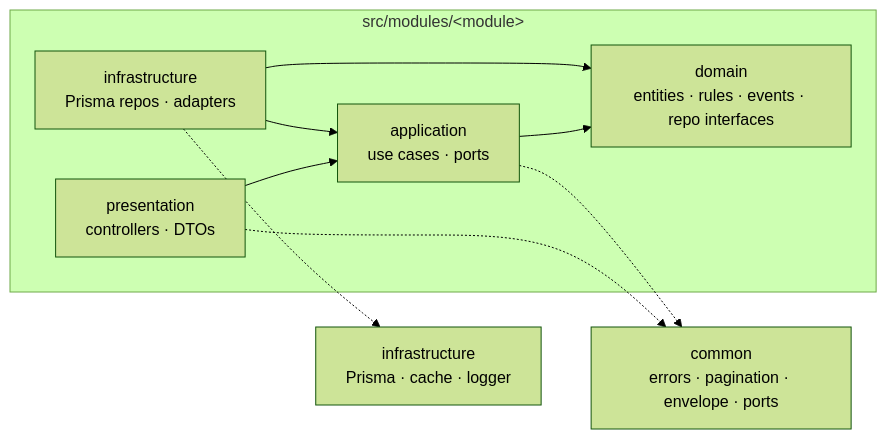
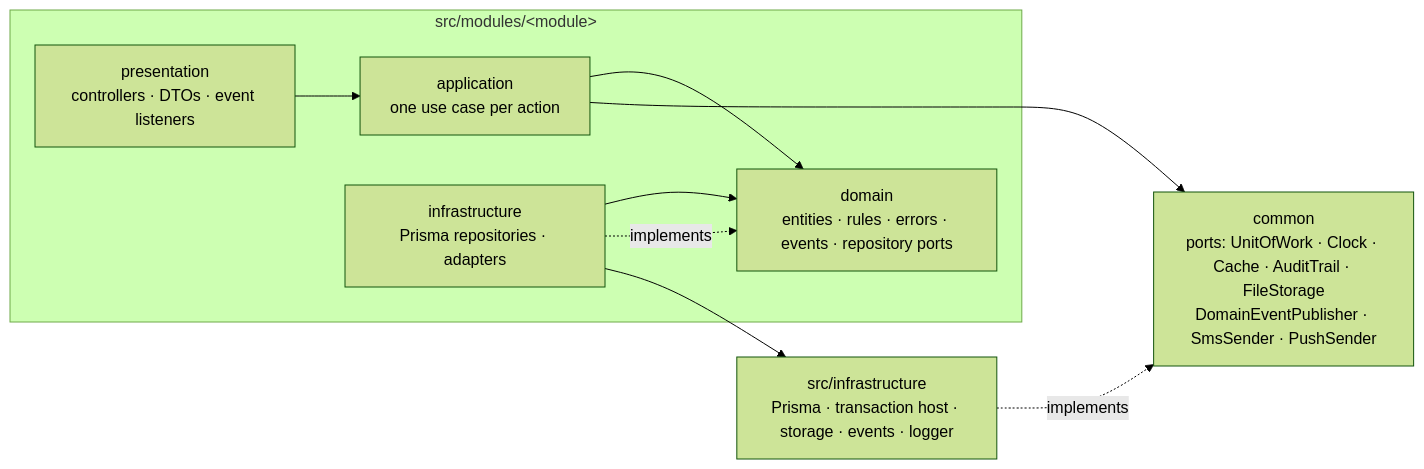
One commit to aviihs/sewaPro changed the first of 2 diagrams in README.md. Above: the diagram before and after it, drawn with Mermaid (forest theme). The commit also changed other lines of this file and 292 other files, not shown here.

````diff
--- a/README.md
+++ b/README.md
@@ -54,12 +57,12 @@
 ```mermaid
 flowchart LR
   subgraph Module["src/modules/&lt;module&gt;"]
-    P[presentation<br/>controllers · DTOs] --> A[application<br/>use cases · ports]
-    I[infrastructure<br/>Prisma repos · adapters] --> A
-    A --> D[domain<br/>entities · rules · events · repo interfaces]
-    I --> D
+    P["presentation<br/>controllers · DTOs · event listeners"] --> A["application<br/>one use case per action"]
+    I["infrastructure<br/>Prisma repositories · adapters"] --> D
+    A --> D["domain<br/>entities · rules · errors · events · repository ports"]
+    I -. implements .-> D
   end
-  P -.-> C[common<br/>errors · pagination · envelope · ports]
-  A -.-> C
-  I -.-> X[infrastructure<br/>Prisma · cache · logger]
+  A --> C["common<br/>ports: UnitOfWork · Clock · Cache · AuditTrail · FileStorage<br/>DomainEventPublisher · SmsSender · PushSender"]
+  I --> X["src/infrastructure<br/>Prisma · transaction host · storage · events · logger"]
+  X -. implements .-> C
 ```
````
